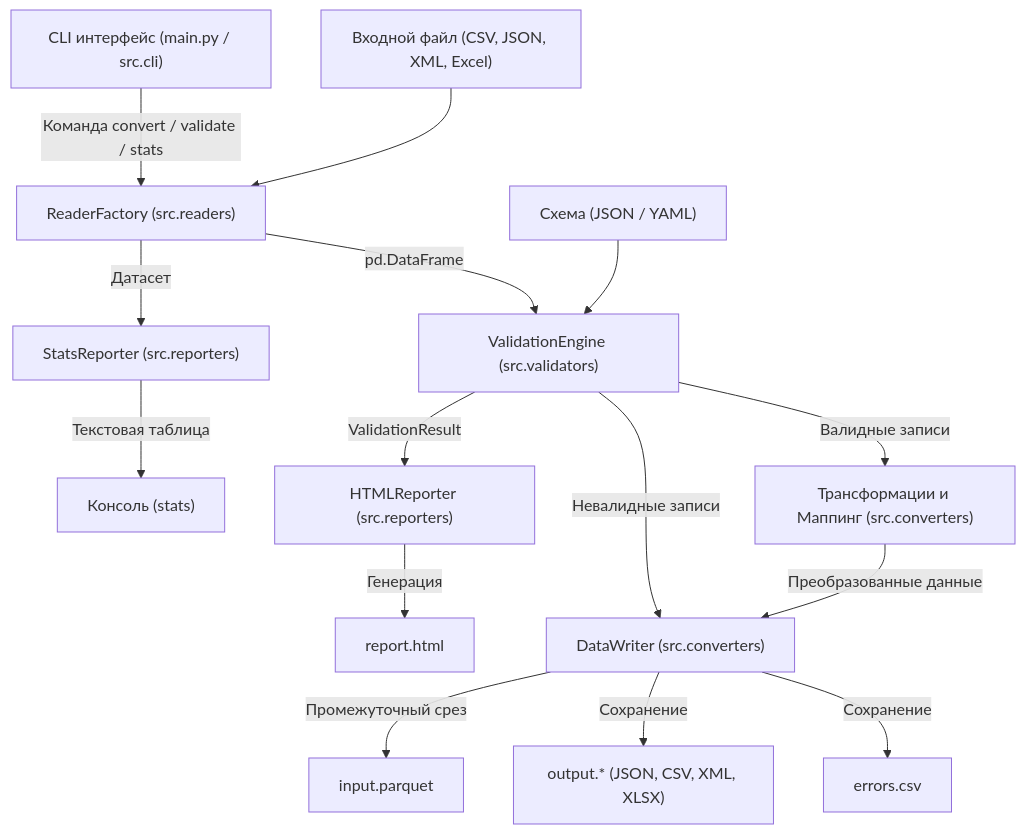
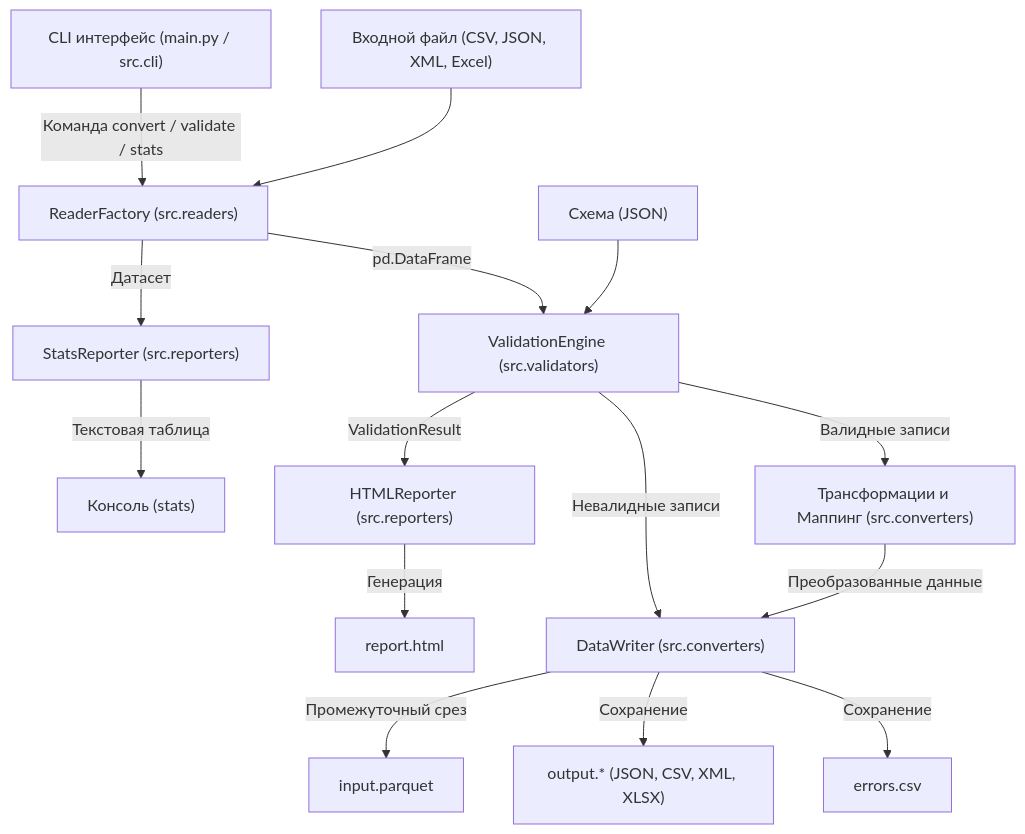
One commit to laran-devs/invalid-project changed the diagram in DOCS/Architecture.md. Above: the diagram before and after it, drawn with Mermaid. The commit also changed 12 other files, not shown here.

````diff
--- a/DOCS/Architecture.md
+++ b/DOCS/Architecture.md
@@ -13,30 +13,30 @@
 ```mermaid
 flowchart TD
     CLI["CLI интерфейс (main.py / src.cli)"]
     RF["ReaderFactory (src.readers)"]
     VE["ValidationEngine (src.validators)"]
     TR["Трансформации и Маппинг (src.converters)"]
     DW["DataWriter (src.converters)"]
     HR["HTMLReporter (src.reporters)"]
     SR["StatsReporter (src.reporters)"]
 
     InputFile["Входной файл (CSV, JSON, XML, Excel)"] --> RF
-    Schema["Схема (JSON / YAML)"] --> VE
+    Schema["Схема (JSON)"] --> VE
 
     CLI -->|Команда convert / validate / stats| RF
     RF -->|pd.DataFrame| VE
     
     VE -->|Валидные записи| TR
     VE -->|Невалидные записи| DW
     DW -->|Сохранение| ErrorsCSV["errors.csv"]
 
     TR -->|Преобразованные данные| DW
     DW -->|Сохранение| OutputFile["output.* (JSON, CSV, XML, XLSX)"]
     DW -->|Промежуточный срез| ParquetFile["input.parquet"]
 
     VE -->|ValidationResult| HR
     HR -->|Генерация| HTMLReport["report.html"]
 
     RF -->|Датасет| SR
     SR -->|Текстовая таблица| ConsoleOutput["Консоль (stats)"]
 ```
````
